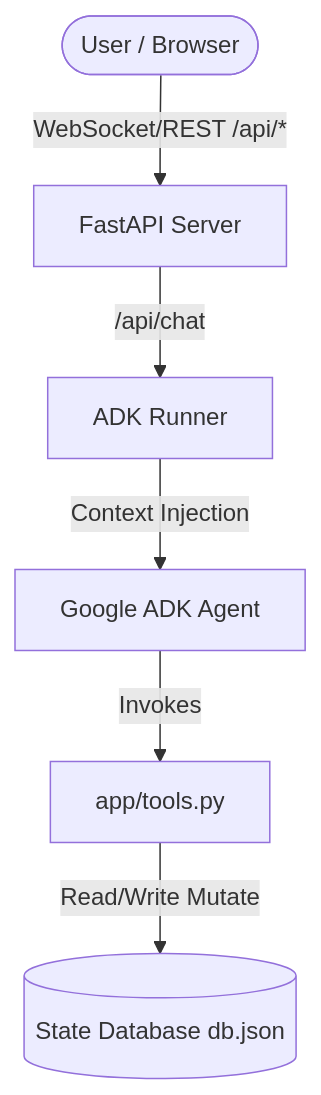
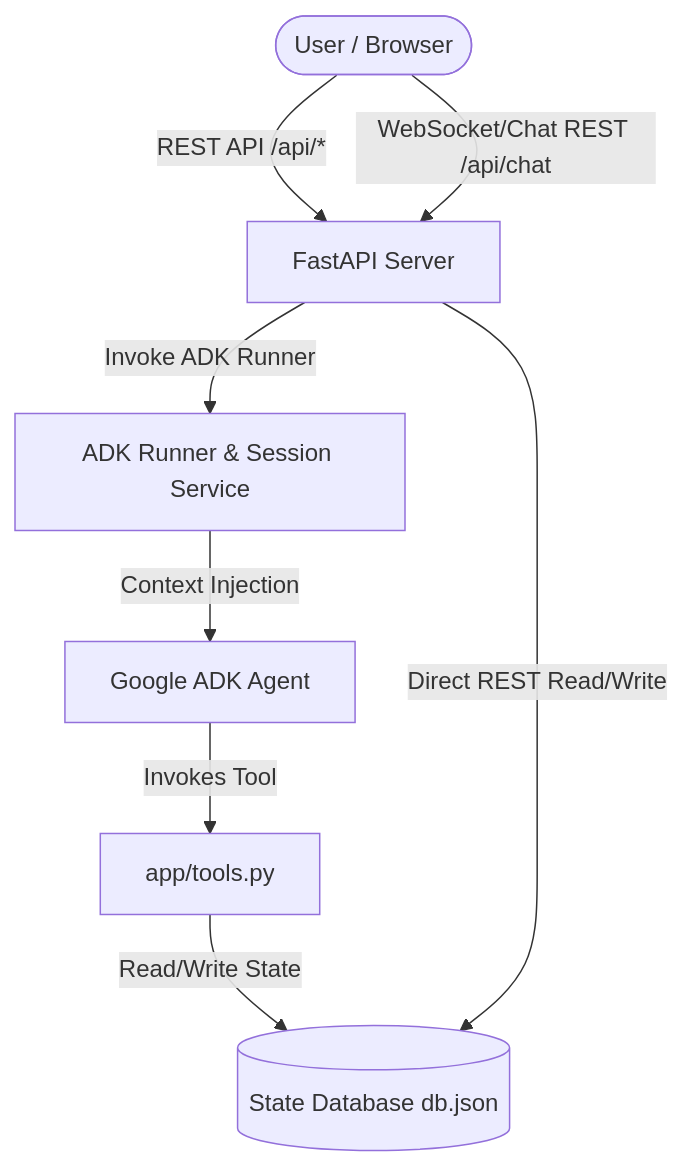
One commit to diliprk/field-service-copilot changed the diagram in Kaggle_Writeup/kaggle_writeup.md. Above: the diagram before and after it, drawn with Mermaid. The commit also changed other lines of this file, not shown here.

````diff
--- a/Kaggle_Writeup/kaggle_writeup.md
+++ b/Kaggle_Writeup/kaggle_writeup.md
@@ -27,8 +27,10 @@
 ```mermaid
 graph TD
-    User([User / Browser]) -->|WebSocket/REST /api/*| Server[FastAPI Server]
-    Server -->|/api/chat| ADK[ADK Runner]
-    ADK -->|Context Injection| Agent[Google ADK Agent]
-    Agent -->|Invokes| Tools[app/tools.py]
-    Tools -->|Read/Write Mutate| DB[(State Database db.json)]
+    User([User / Browser]) -->|REST API /api/*| Server[FastAPI Server]
+    User -->|WebSocket/Chat REST /api/chat| Server
+    Server -->|Invoke ADK Runner| Runner[ADK Runner & Session Service]
+    Runner -->|Context Injection| Agent[Google ADK Agent]
+    Agent -->|Invokes Tool| Tools[app/tools.py]
+    Tools -->|Read/Write State| DB[(State Database db.json)]
+    Server -->|Direct REST Read/Write| DB
 ```
````
